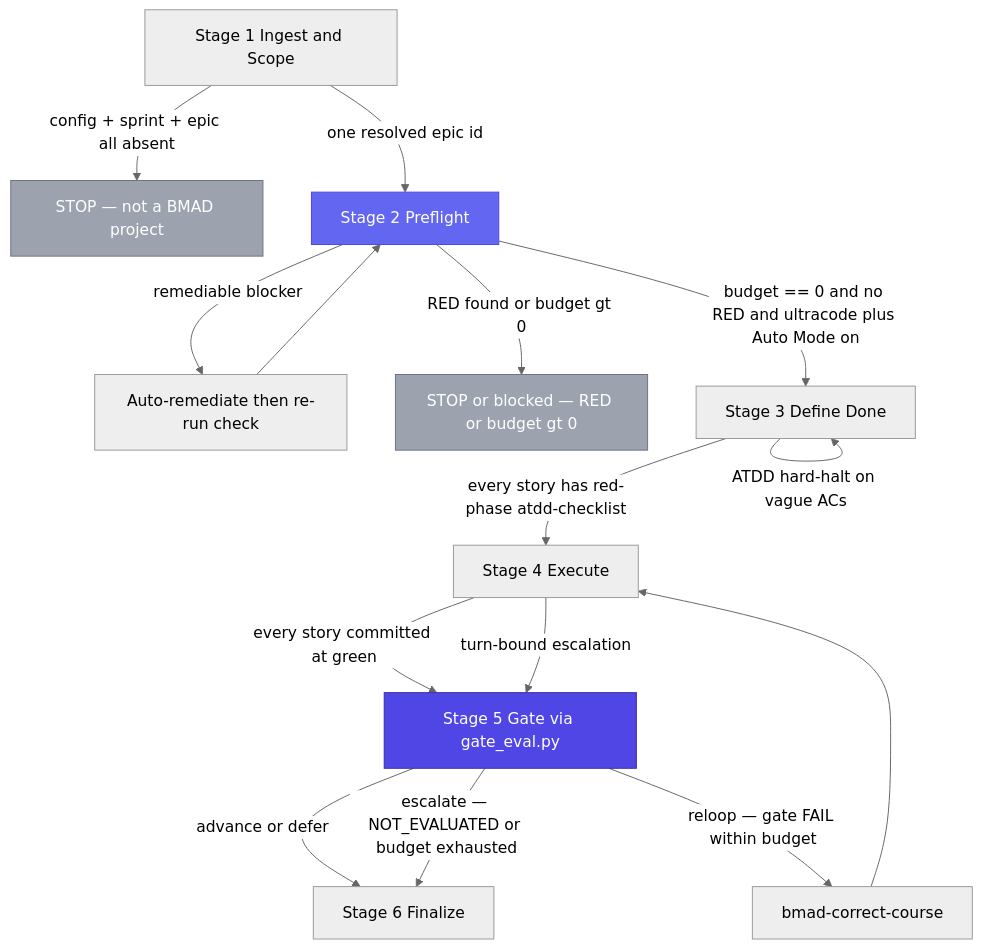
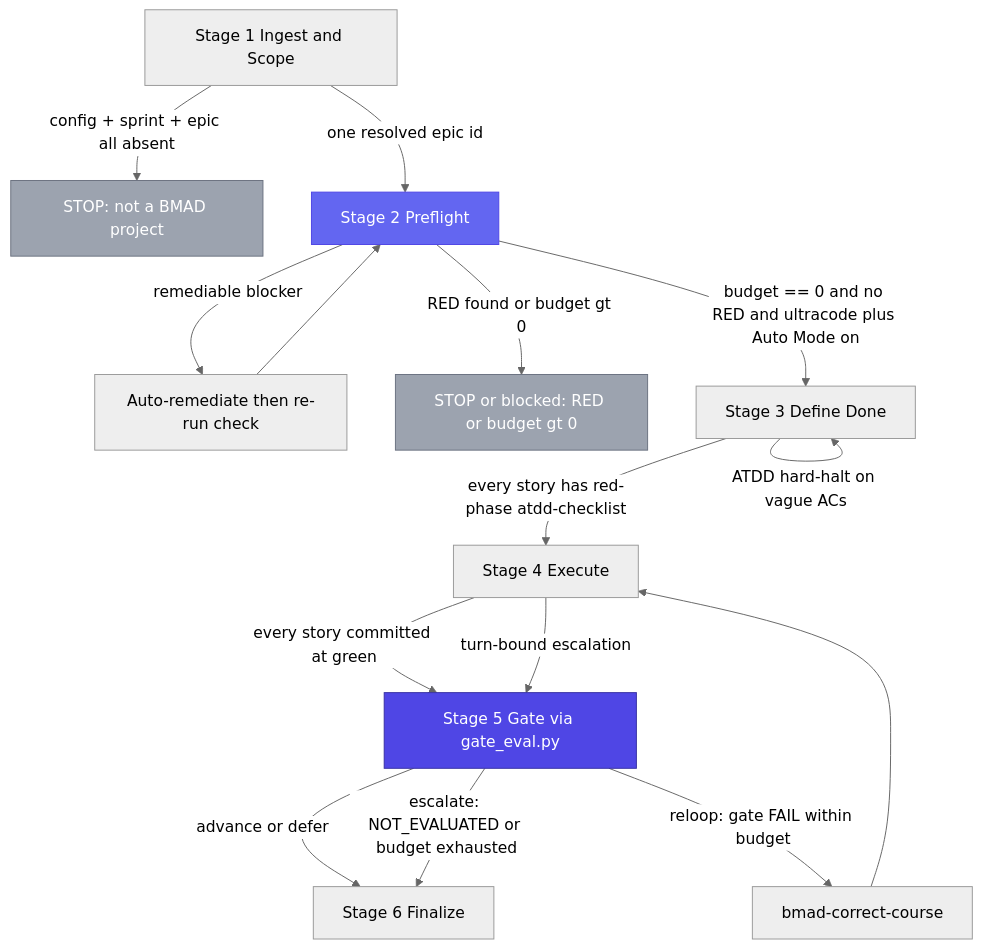
Before and after one commit to armelhbobdad/bmad-module-ultracode-goal: the first of 2 diagrams in docs/how-it-works.md, drawn with Mermaid (neutral theme). The commit also changed other lines of this file and 21 other files, not shown here.

````diff
--- a/docs/how-it-works.md
+++ b/docs/how-it-works.md
@@ -21,35 +21,35 @@
 ```mermaid
 flowchart TD
     S1["Stage 1 Ingest and Scope"]
-    NotBmad["STOP — not a BMAD project"]
+    NotBmad["STOP: not a BMAD project"]
     S2["Stage 2 Preflight"]
     Remediate["Auto-remediate then re-run check"]
-    Blocked["STOP or blocked — RED or budget gt 0"]
+    Blocked["STOP or blocked: RED or budget gt 0"]
     S3["Stage 3 Define Done"]
     S4["Stage 4 Execute"]
     S5["Stage 5 Gate via gate_eval.py"]
     Correct["bmad-correct-course"]
     S6["Stage 6 Finalize"]
 
     S1 -->|"config + sprint + epic all absent"| NotBmad
     S1 -->|"one resolved epic id"| S2
     S2 -->|"remediable blocker"| Remediate
     Remediate --> S2
     S2 -->|"RED found or budget gt 0"| Blocked
     S2 -->|"budget == 0 and no RED and ultracode plus Auto Mode on"| S3
     S3 -->|"ATDD hard-halt on vague ACs"| S3
     S3 -->|"every story has red-phase atdd-checklist"| S4
     S4 -->|"every story committed at green"| S5
     S4 -->|"turn-bound escalation"| S5
     S5 -->|"advance or defer"| S6
-    S5 -->|"reloop — gate FAIL within budget"| Correct
+    S5 -->|"reloop: gate FAIL within budget"| Correct
     Correct --> S4
-    S5 -->|"escalate — NOT_EVALUATED or budget exhausted"| S6
+    S5 -->|"escalate: NOT_EVALUATED or budget exhausted"| S6
 
     classDef accent fill:#6366F1,stroke:#4F46E5,color:#fff
     classDef verdict fill:#4F46E5,stroke:#3730A3,color:#fff
     classDef stop fill:#9CA3AF,stroke:#6B7280,color:#fff
     class S5 verdict
     class S2 accent
     class NotBmad,Blocked stop
 ```
````
